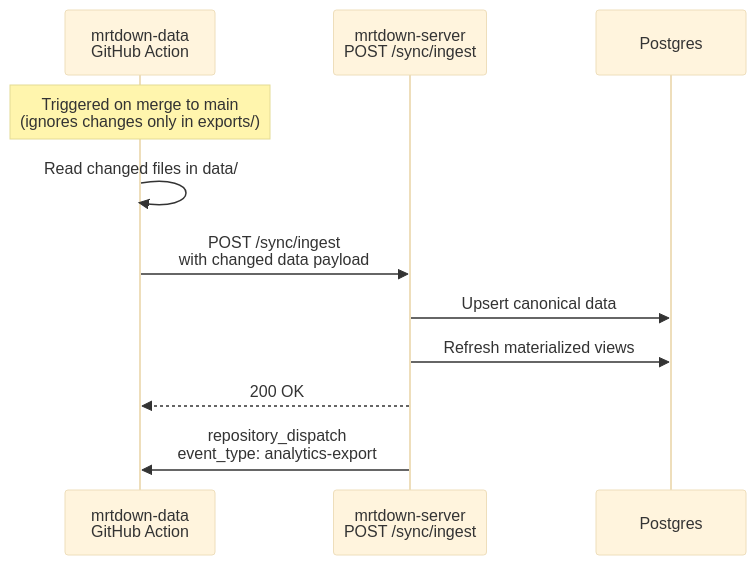
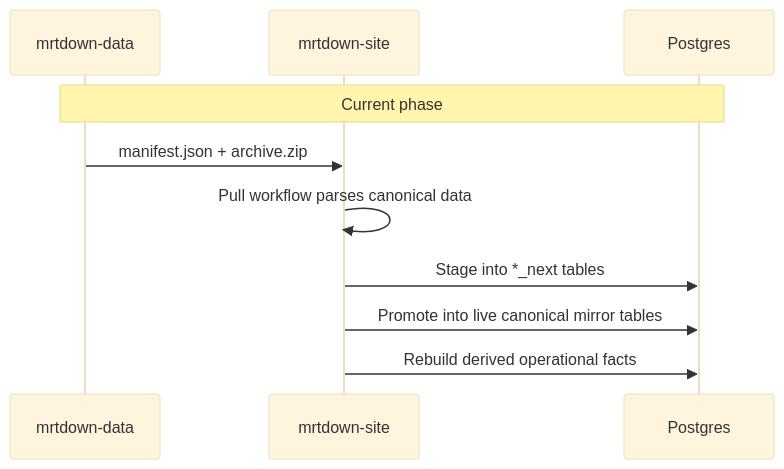
One commit to foldaway/mrtdown-data changed the second of 2 diagrams in docs/MRTDOWN.md. Above: the diagram before and after it, drawn with Mermaid (base theme). The commit also changed other lines of this file and 1 other file, not shown here.

Commit message:
docs: update two-repo architecture plan

````diff
--- a/docs/MRTDOWN.md
+++ b/docs/MRTDOWN.md
@@ -61,14 +145,13 @@
 ```mermaid
 sequenceDiagram
-    participant GH as mrtdown-data<br/>GitHub Action
-    participant API as mrtdown-server<br/>POST /sync/ingest
+    participant Data as mrtdown-data
+    participant Site as mrtdown-site
     participant PG as Postgres
 
-    Note over GH: Triggered on merge to main<br/>(ignores changes only in exports/)
-    GH->>GH: Read changed files in data/
-    GH->>API: POST /sync/ingest<br/>with changed data payload
-    API->>PG: Upsert canonical data
-    API->>PG: Refresh materialized views
-    API-->>GH: 200 OK
-    API->>GH: repository_dispatch<br/>event_type: analytics-export
+    Note over Data,PG: Current phase
+    Data->>Site: manifest.json + archive.zip
+    Site->>Site: Pull workflow parses canonical data
+    Site->>PG: Stage into *_next tables
+    Site->>PG: Promote into live canonical mirror tables
+    Site->>PG: Rebuild derived operational facts
 ```
````
